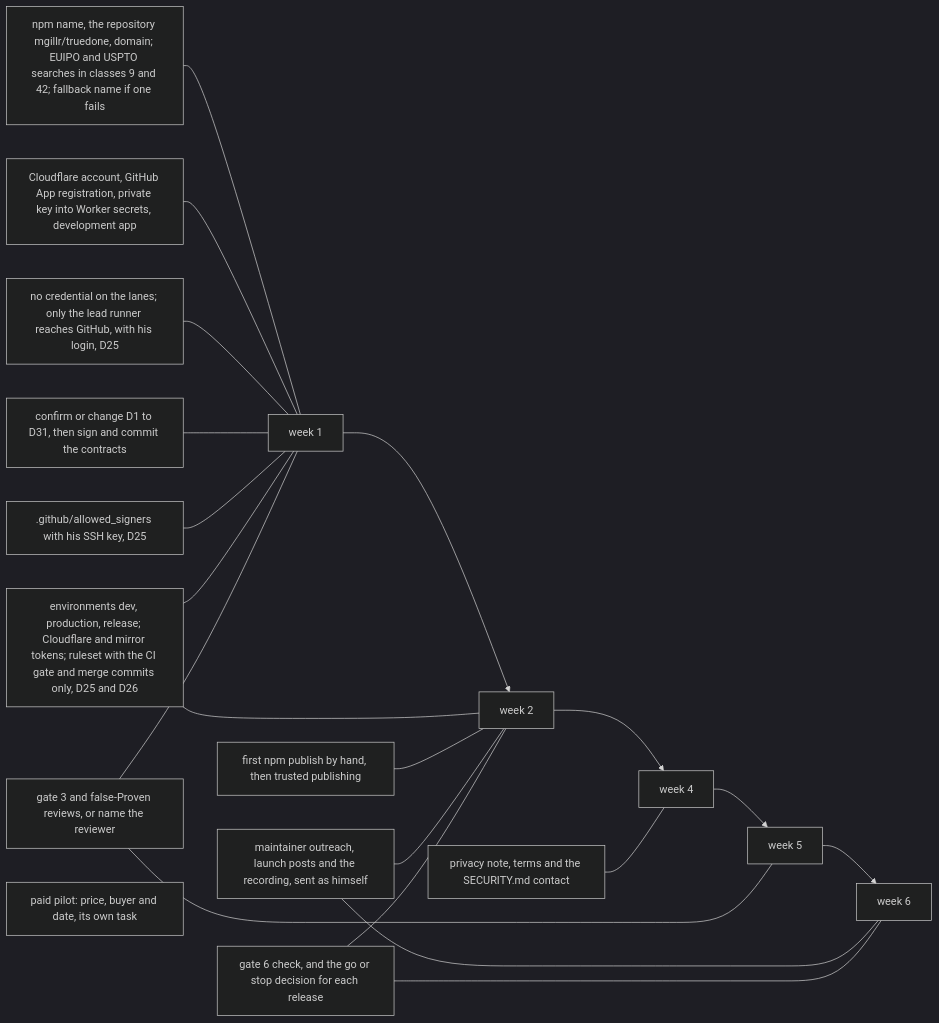
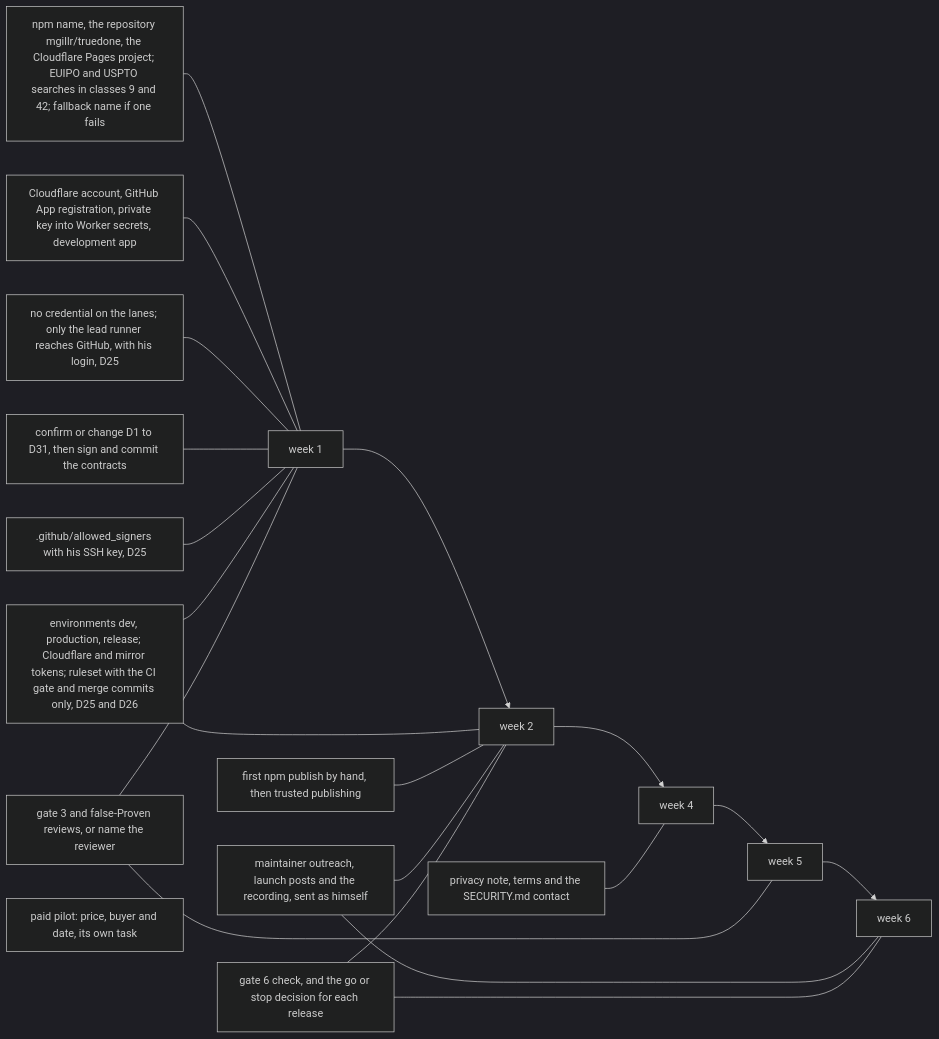
One commit to Truedone/truedone changed the first of 2 diagrams in docs/design/07-ryan-only.md. Above: the diagram before and after it, drawn with Mermaid (dark theme). The commit also changed other lines of this file and 10 other files, not shown here.

First line of the commit message:
contract: truedone v2g, no domain

````diff
--- a/docs/design/07-ryan-only.md
+++ b/docs/design/07-ryan-only.md
@@ -22,20 +22,20 @@
 ```mermaid
 flowchart LR
   W1["week 1"] --> W2["week 2"] --> W4["week 4"] --> W5["week 5"] --> W6["week 6"]
-  N["npm name, the repository mgillr/truedone, domain; EUIPO and USPTO searches in classes 9 and 42; fallback name if one fails"] --- W1
+  N["npm name, the repository mgillr/truedone, the Cloudflare Pages project; EUIPO and USPTO searches in classes 9 and 42; fallback name if one fails"] --- W1
   CF["Cloudflare account, GitHub App registration, private key into Worker secrets, development app"] --- W1
   TOK["no credential on the lanes; only the lead runner reaches GitHub, with his login, D25"] --- W1
   CON["confirm or change D1 to D31, then sign and commit the contracts"] --- W1
   MA[".github/allowed_signers with his SSH key, D25"] --- W1
   ENV["environments dev, production, release; Cloudflare and mirror tokens; ruleset with the CI gate and merge commits only, D25 and D26"] --- W1
   ENV --- W2
   REV["gate 3 and false-Proven reviews, or name the reviewer"] --- W1
   REV --- W5
   PUB["first npm publish by hand, then trusted publishing"] --- W2
   OUT["maintainer outreach, launch posts and the recording, sent as himself"] --- W2
   OUT --- W6
   G6["gate 6 check, and the go or stop decision for each release"] --- W2
   G6 --- W6
   POL["privacy note, terms and the SECURITY.md contact"] --- W4
   PIL["paid pilot: price, buyer and date, its own task"]
 ```
````
